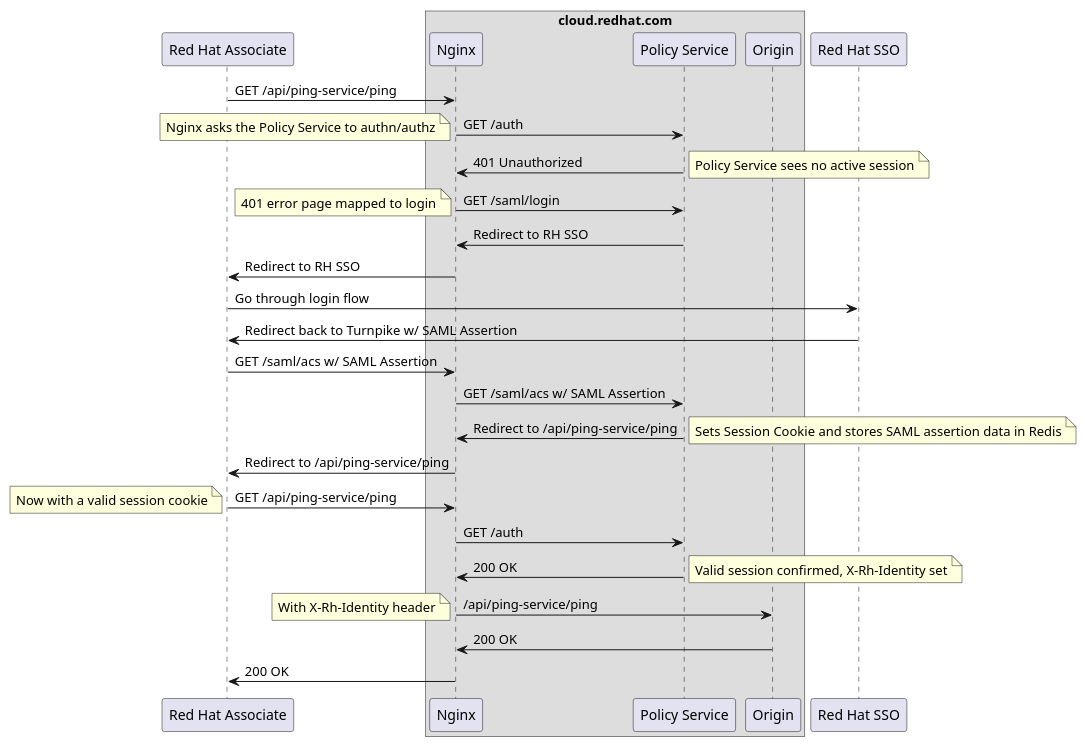
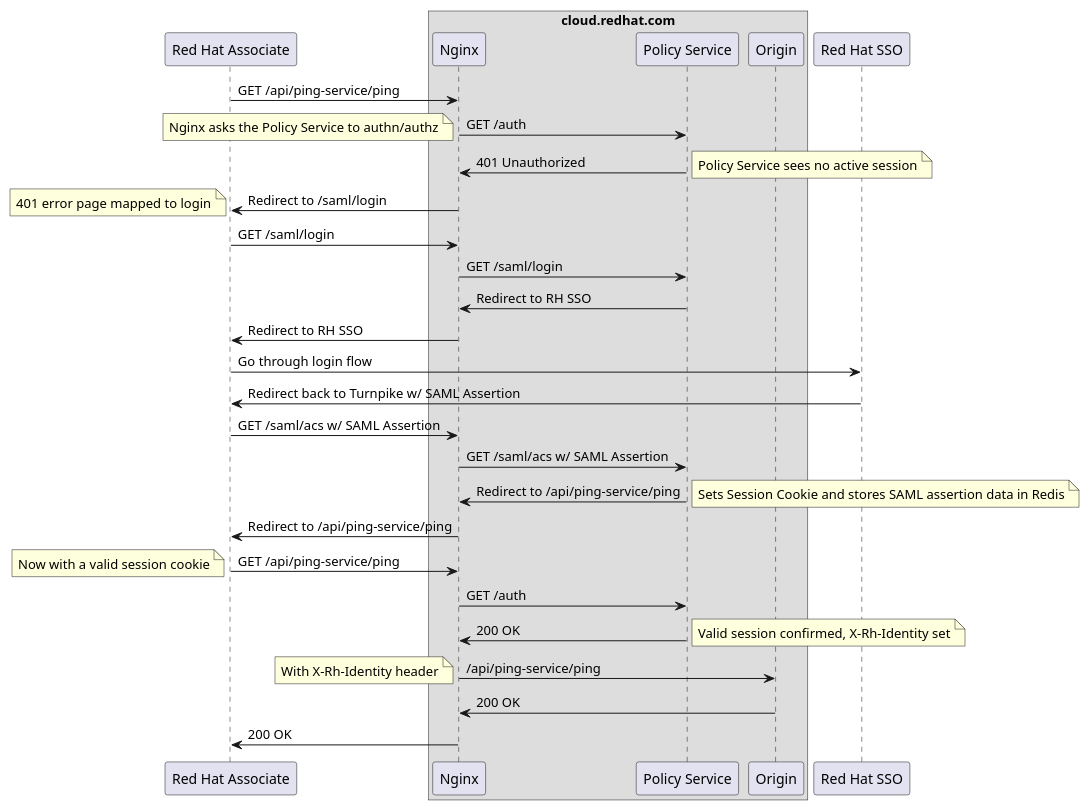
One commit to RedHatInsights/turnpike changed the diagram in docs/userflow.puml. Above: the diagram before and after it, drawn with PlantUML. The commit also changed 1 other file, not shown here.

```diff
--- a/docs/userflow.puml
+++ b/docs/userflow.puml
@@ -1,37 +1,39 @@
 @startuml turnpike-userflow
 
 participant "Red Hat Associate" as rh_associate
 box "cloud.redhat.com"
 participant Nginx
 participant "Policy Service" as policy_service
 participant Origin
 end box
 participant "Red Hat SSO" as rh_sso
 
 rh_associate -> Nginx: GET /api/ping-service/ping
 Nginx -> policy_service: GET /auth
 note left: Nginx asks the Policy Service to authn/authz
 policy_service -> Nginx: 401 Unauthorized
 note right: Policy Service sees no active session
+Nginx -> rh_associate: Redirect to /saml/login
+note left: 401 error page mapped to login
+rh_associate -> Nginx: GET /saml/login
 Nginx -> policy_service: GET /saml/login
-note left: 401 error page mapped to login
 policy_service -> Nginx: Redirect to RH SSO
 Nginx -> rh_associate: Redirect to RH SSO
 rh_associate -> rh_sso: Go through login flow
 rh_sso -> rh_associate: Redirect back to Turnpike w/ SAML Assertion
 rh_associate -> Nginx: GET /saml/acs w/ SAML Assertion
 Nginx -> policy_service: GET /saml/acs w/ SAML Assertion
 policy_service -> Nginx: Redirect to /api/ping-service/ping
 note right: Sets Session Cookie and stores SAML assertion data in Redis
 Nginx ->  rh_associate: Redirect to /api/ping-service/ping
 rh_associate -> Nginx: GET /api/ping-service/ping
 note left: Now with a valid session cookie
 Nginx -> policy_service: GET /auth
 policy_service -> Nginx: 200 OK
 note right: Valid session confirmed, X-Rh-Identity set
 Nginx -> Origin: /api/ping-service/ping
 note left: With X-Rh-Identity header
 Origin -> Nginx: 200 OK
 Nginx -> rh_associate: 200 OK
 
 @enduml
```
